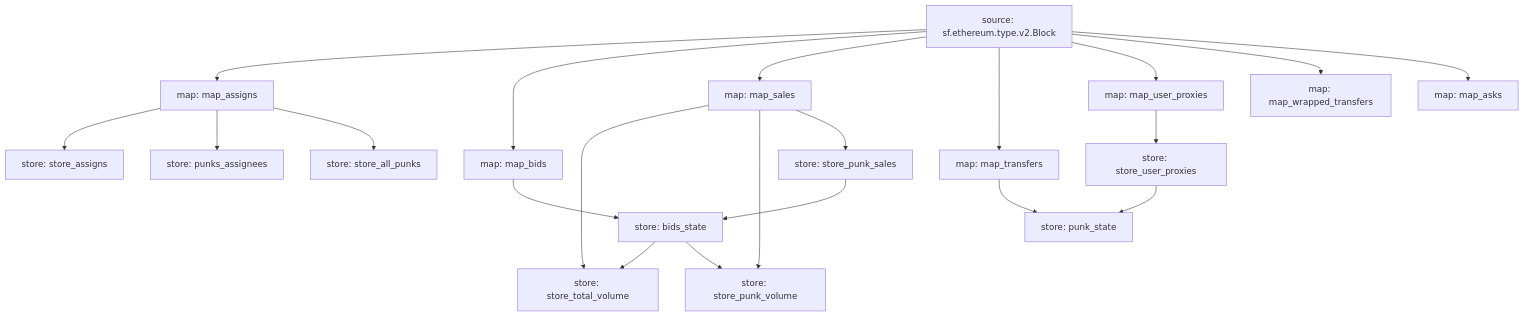
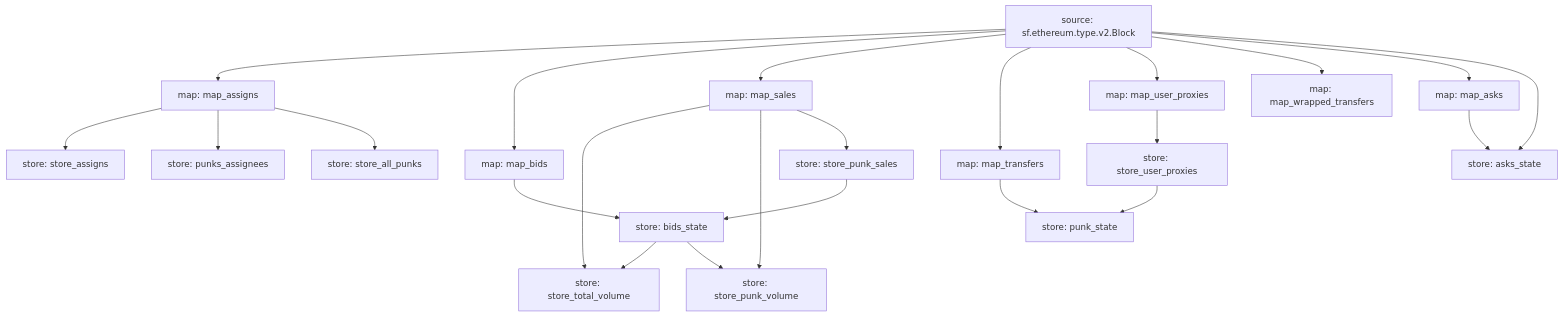
Before and after one commit to itsjerryokolo/cryptopunks_substreams: the diagram in README.md, drawn with Mermaid. The commit also changed 6 other files, not shown here.

````diff
--- a/README.md
+++ b/README.md
@@ -3,39 +3,42 @@
 ```mermaid
 graph TD;
   map_assigns[map: map_assigns]
   sf.ethereum.type.v2.Block[source: sf.ethereum.type.v2.Block] --> map_assigns
   store_assigns[store: store_assigns]
   map_assigns --> store_assigns
   punks_assignees[store: punks_assignees]
   map_assigns --> punks_assignees
   map_bids[map: map_bids]
   sf.ethereum.type.v2.Block[source: sf.ethereum.type.v2.Block] --> map_bids
   bids_state[store: bids_state]
   map_bids --> bids_state
   store_punk_sales --> bids_state
   store_all_punks[store: store_all_punks]
   map_assigns --> store_all_punks
   store_total_volume[store: store_total_volume]
   map_sales --> store_total_volume
   bids_state --> store_total_volume
   store_punk_volume[store: store_punk_volume]
   map_sales --> store_punk_volume
   bids_state --> store_punk_volume
   store_punk_sales[store: store_punk_sales]
   map_sales --> store_punk_sales
   map_sales[map: map_sales]
   sf.ethereum.type.v2.Block[source: sf.ethereum.type.v2.Block] --> map_sales
   map_transfers[map: map_transfers]
   sf.ethereum.type.v2.Block[source: sf.ethereum.type.v2.Block] --> map_transfers
   punk_state[store: punk_state]
   map_transfers --> punk_state
   store_user_proxies --> punk_state
   map_user_proxies[map: map_user_proxies]
   sf.ethereum.type.v2.Block[source: sf.ethereum.type.v2.Block] --> map_user_proxies
   map_wrapped_transfers[map: map_wrapped_transfers]
   sf.ethereum.type.v2.Block[source: sf.ethereum.type.v2.Block] --> map_wrapped_transfers
   store_user_proxies[store: store_user_proxies]
   map_user_proxies --> store_user_proxies
   map_asks[map: map_asks]
   sf.ethereum.type.v2.Block[source: sf.ethereum.type.v2.Block] --> map_asks
+  asks_state[store: asks_state]
+  map_asks --> asks_state
+  sf.ethereum.type.v2.Block[source: sf.ethereum.type.v2.Block] --> asks_state
 ```
````
